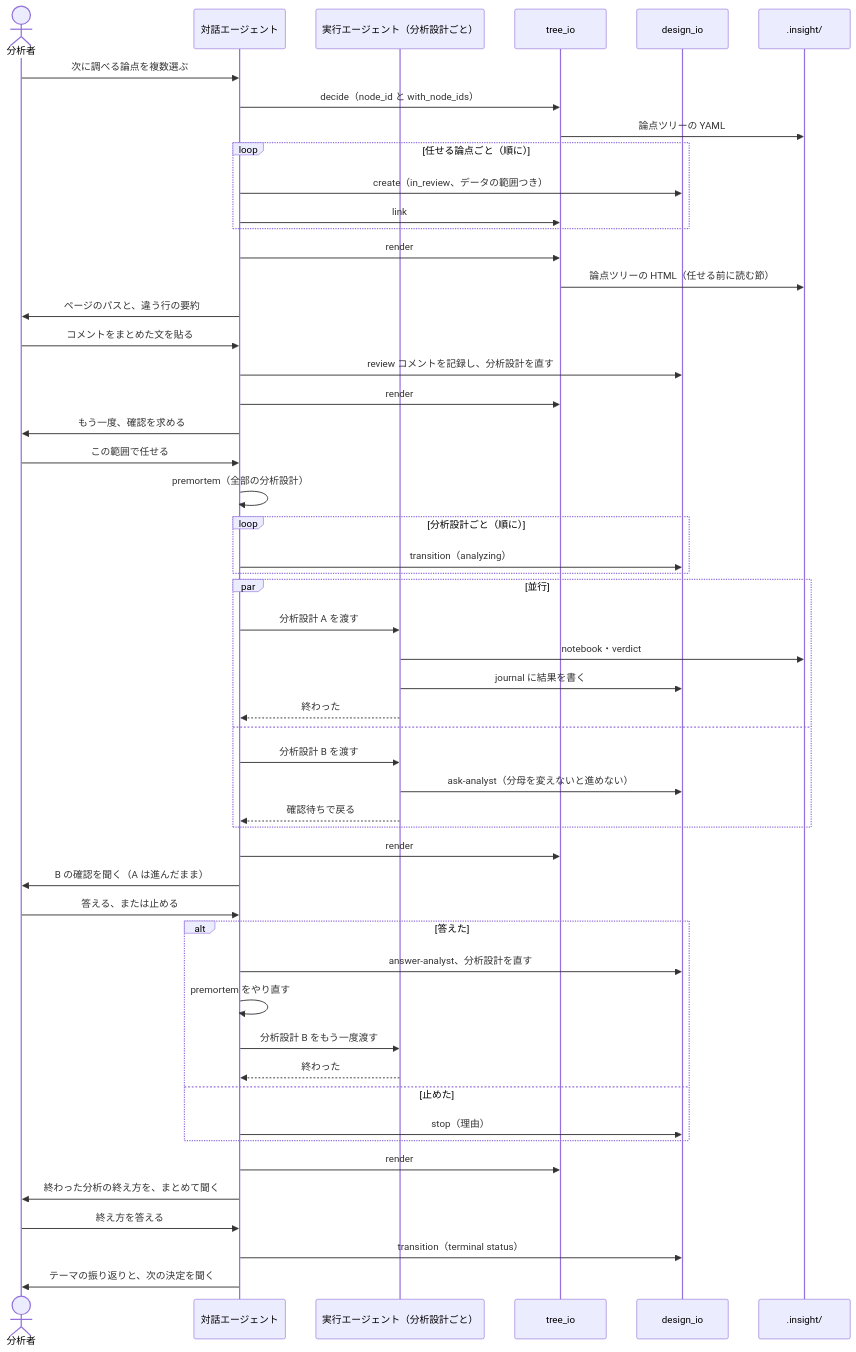
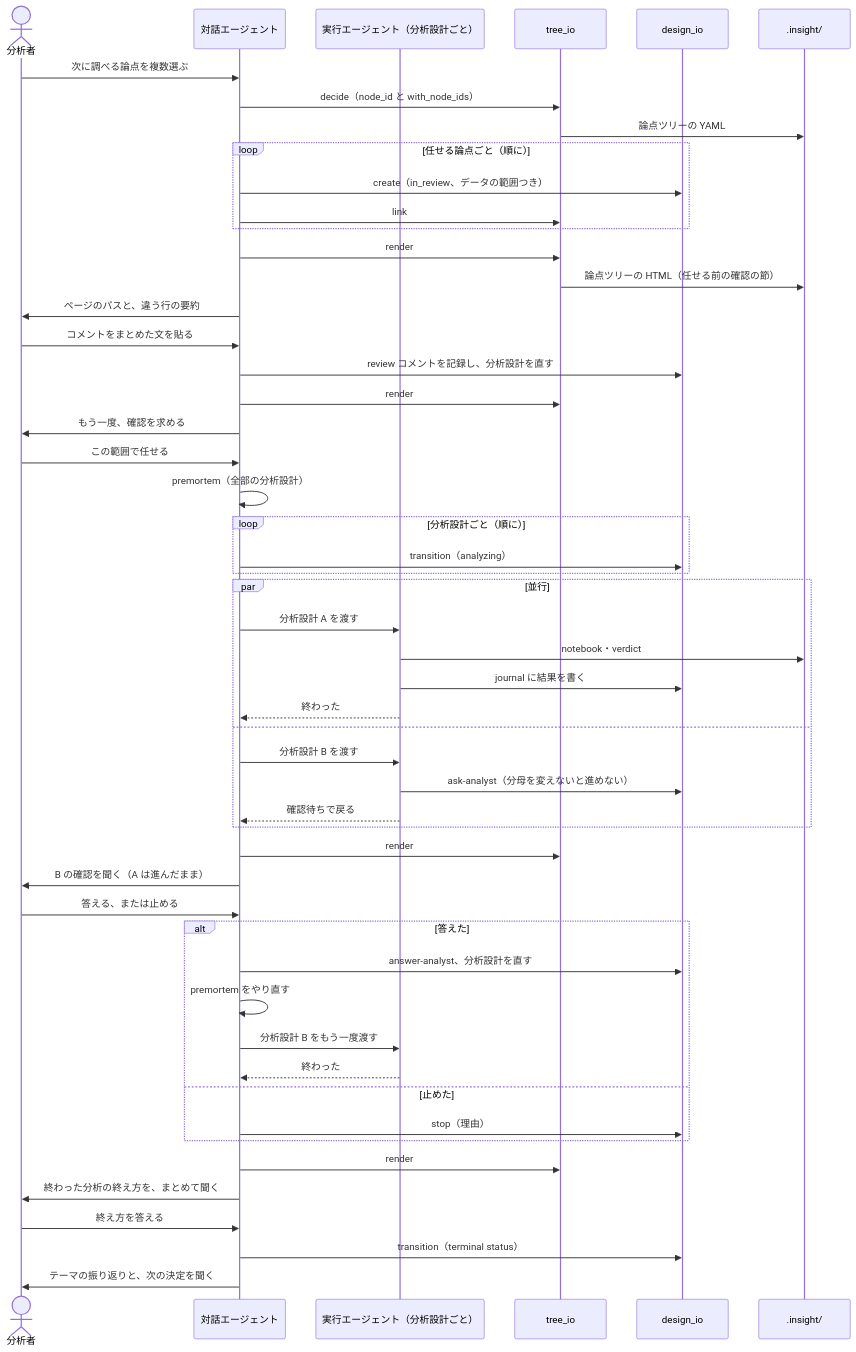
Before and after one commit to etoyama/insight-blueprint-skills: the fourth of 4 diagrams in docs/design/epic-35-hand-over-questions.md, drawn with Mermaid. The commit also changed other lines of this file and 7 other files, not shown here.

````diff
--- a/docs/design/epic-35-hand-over-questions.md
+++ b/docs/design/epic-35-hand-over-questions.md
@@ -392,55 +394,55 @@
 ```mermaid
 sequenceDiagram
     actor A as 分析者
     participant D as 対話エージェント
     participant W as 実行エージェント（分析設計ごと）
     participant T as tree_io
     participant I as design_io
     participant F as .insight/
 
     A->>D: 次に調べる論点を複数選ぶ
     D->>T: decide（node_id と with_node_ids）
     T->>F: 論点ツリーの YAML
     loop 任せる論点ごと（順に）
         D->>I: create（in_review、データの範囲つき）
         D->>T: link
     end
     D->>T: render
-    T->>F: 論点ツリーの HTML（任せる前に読む節）
+    T->>F: 論点ツリーの HTML（任せる前の確認の節）
     D->>A: ページのパスと、違う行の要約
     A->>D: コメントをまとめた文を貼る
     D->>I: review コメントを記録し、分析設計を直す
     D->>T: render
     D->>A: もう一度、確認を求める
     A->>D: この範囲で任せる
     D->>D: premortem（全部の分析設計）
     loop 分析設計ごと（順に）
         D->>I: transition（analyzing）
     end
     par 並行
         D->>W: 分析設計 A を渡す
         W->>F: notebook・verdict
         W->>I: journal に結果を書く
         W-->>D: 終わった
     and
         D->>W: 分析設計 B を渡す
         W->>I: ask-analyst（分母を変えないと進めない）
         W-->>D: 確認待ちで戻る
     end
     D->>T: render
     D->>A: B の確認を聞く（A は進んだまま）
     A->>D: 答える、または止める
     alt 答えた
         D->>I: answer-analyst、分析設計を直す
         D->>D: premortem をやり直す
         D->>W: 分析設計 B をもう一度渡す
         W-->>D: 終わった
     else 止めた
         D->>I: stop（理由）
     end
     D->>T: render
     D->>A: 終わった分析の終え方を、まとめて聞く
     A->>D: 終え方を答える
     D->>I: transition（terminal status）
     D->>A: テーマの振り返りと、次の決定を聞く
 ```
````
